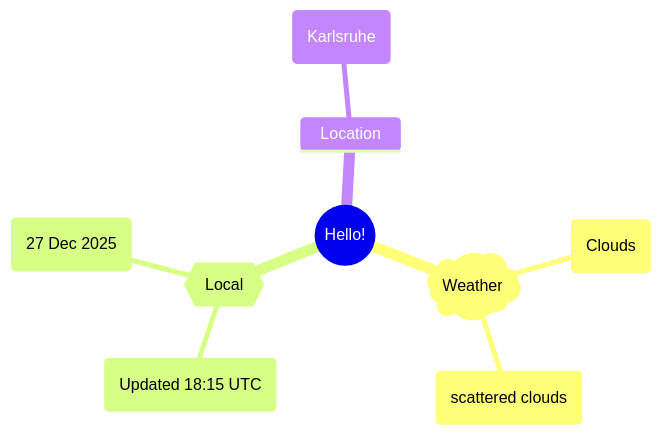
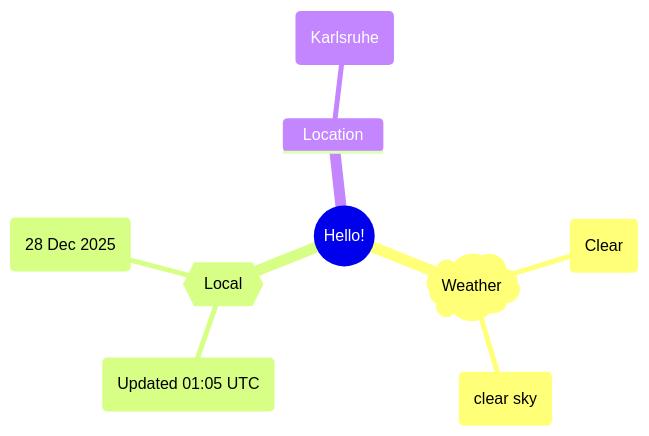
The first of 2 diagrams in README.md (Xosrov/Xosrov), drawn with Mermaid before and after one commit.

Commit message:
[bot] updated images

````diff
--- a/README.md
+++ b/README.md
@@ -3,12 +3,12 @@
 ```mermaid
 mindmap
   root((Hello!))
     )Weather(
-        (Clouds)
-        (scattered clouds)
+        (Clear)
+        (clear sky)
     {{Local}}
-        (Updated 18:15 UTC)
-        (27 Dec 2025)
+        (Updated 01:05 UTC)
+        (28 Dec 2025)
     Location
         (Karlsruhe)
 ```
````
